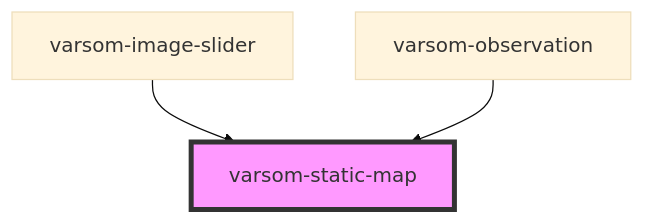
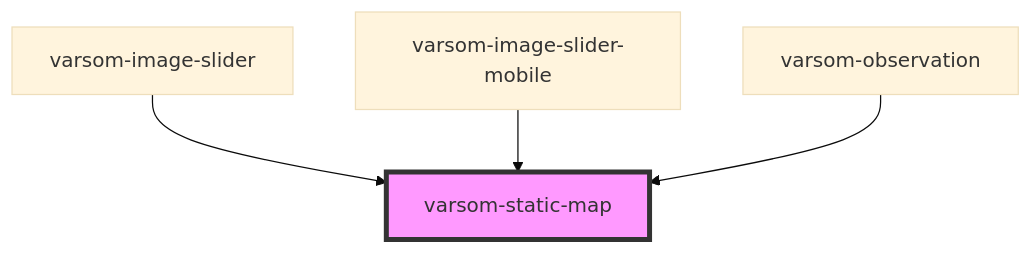
The diagram in src/components/varsom-map/readme.md (NVE/varsom-observation), drawn with Mermaid (base theme) before and after one commit. The commit also changed other lines of this file and 5 other files, not shown here.

````diff
--- a/src/components/varsom-map/readme.md
+++ b/src/components/varsom-map/readme.md
@@ -25,6 +26,7 @@
 ```mermaid
 graph TD;
   varsom-image-slider --> varsom-static-map
+  varsom-image-slider-mobile --> varsom-static-map
   varsom-observation --> varsom-static-map
   style varsom-static-map fill:#f9f,stroke:#333,stroke-width:4px
 ```
````
